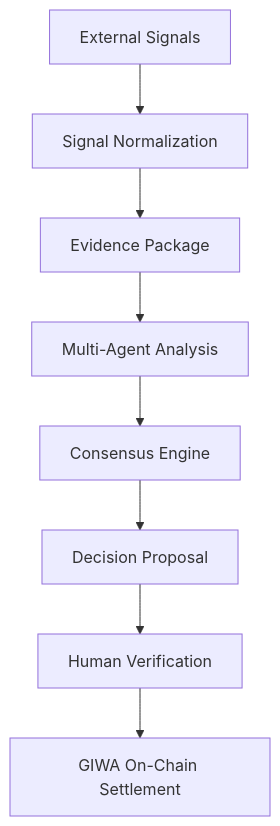
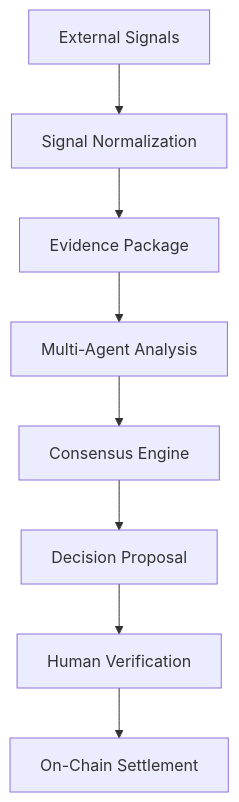
Before and after one commit to 0xaje/Nexa-AI: the diagram in docs/developer/architecture_overview.md, drawn with Mermaid. The commit also changed other lines of this file and 26 other files, not shown here.

````diff
--- a/docs/developer/architecture_overview.md
+++ b/docs/developer/architecture_overview.md
@@ -13,10 +13,10 @@
 ```mermaid
 flowchart TD
     stage1[External Signals] --> stage2[Signal Normalization]
     stage2 --> stage3[Evidence Package]
     stage3 --> stage4[Multi-Agent Analysis]
     stage4 --> stage5[Consensus Engine]
     stage5 --> stage6[Decision Proposal]
     stage6 --> stage7[Human Verification]
-    stage7 --> stage8[GIWA On-Chain Settlement]
+    stage7 --> stage8[On-Chain Settlement]
 ```
````
